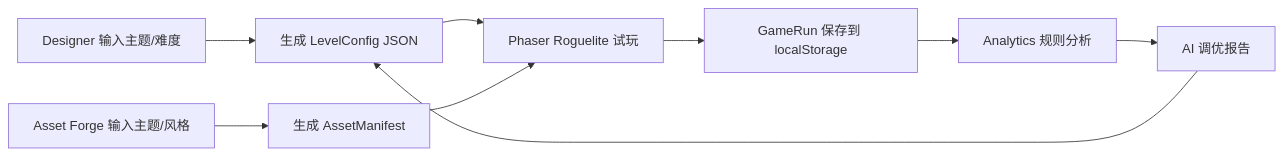
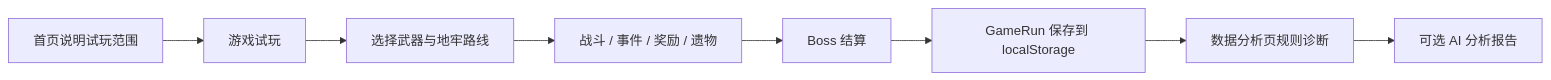
One commit to YINGASA/dungeon-frogek changed the diagram in docs/project-summary.md. Above: the diagram before and after it, drawn with Mermaid. The commit also changed other lines of this file, not shown here.

````diff
--- a/docs/project-summary.md
+++ b/docs/project-summary.md
@@ -28,11 +27,10 @@
 ```mermaid
 flowchart LR
-  A["Designer 输入主题/难度"] --> B["生成 LevelConfig JSON"]
-  C["Asset Forge 输入主题/风格"] --> D["生成 AssetManifest"]
-  B --> E["Phaser Roguelite 试玩"]
-  D --> E
+  A["首页说明试玩范围"] --> B["游戏试玩"]
+  B --> C["选择武器与地牢路线"]
+  C --> D["战斗 / 事件 / 奖励 / 遗物"]
+  D --> E["Boss 结算"]
   E --> F["GameRun 保存到 localStorage"]
-  F --> G["Analytics 规则分析"]
-  G --> H["AI 调优报告"]
-  H --> B
+  F --> G["数据分析页规则诊断"]
+  G --> H["可选 AI 分析报告"]
 ```
````
